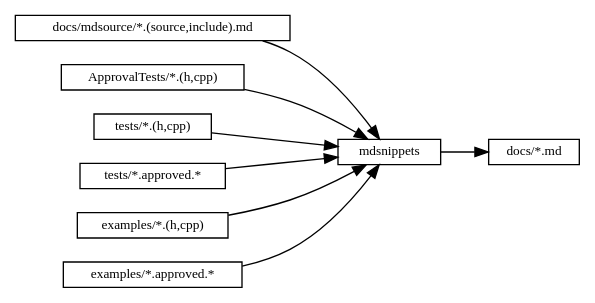
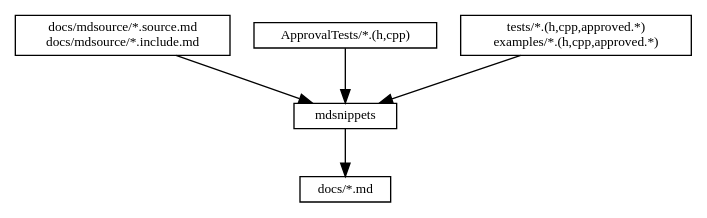
The diagram in doc/images/source/mdsnippets_flow.dot (approvals/ApprovalTests.cpp), drawn with Graphviz before and after one commit. The commit also changed 1 other file, not shown here.

```diff
--- a/doc/images/source/mdsnippets_flow.dot
+++ b/doc/images/source/mdsnippets_flow.dot
@@ -1,28 +1,19 @@
 digraph mdsnippets_flow {
-    rankdir = "LR"
+    rankdir = "TB"
     node [fontsize = 10, shape = box, height = 0.25]
     edge [fontsize = 10]
 
     "mdsnippets"
 
-    "docs_mdsource_md" [label = "docs/mdsource/*.(source,include).md"]
+    "docs_mdsource_md" [label = "docs/mdsource/*.source.md\ndocs/mdsource/*.include.md"]
     "docs_mdsource_md" -> "mdsnippets"
 
     "ApprovalTests" [label = "ApprovalTests/*.(h,cpp)"]
     "ApprovalTests" -> "mdsnippets"
 
-    "tests_source" [label = "tests/*.(h,cpp)"]
+    "tests_source" [label = "tests/*.(h,cpp,approved.*)\nexamples/*.(h,cpp,approved.*)"]
     "tests_source" -> "mdsnippets"
-
-    "tests_approved" [label = "tests/*.approved.*"]
-    "tests_approved" -> "mdsnippets"
-
-    "examples_source" [label = "examples/*.(h,cpp)"]
-    "examples_source" -> "mdsnippets"
-
-    "examples_approved" [label = "examples/*.approved.*"]
-    "examples_approved" -> "mdsnippets"
 
     "docs_md" [label = "docs/*.md"]
     "mdsnippets" -> "docs_md"
 }
```
